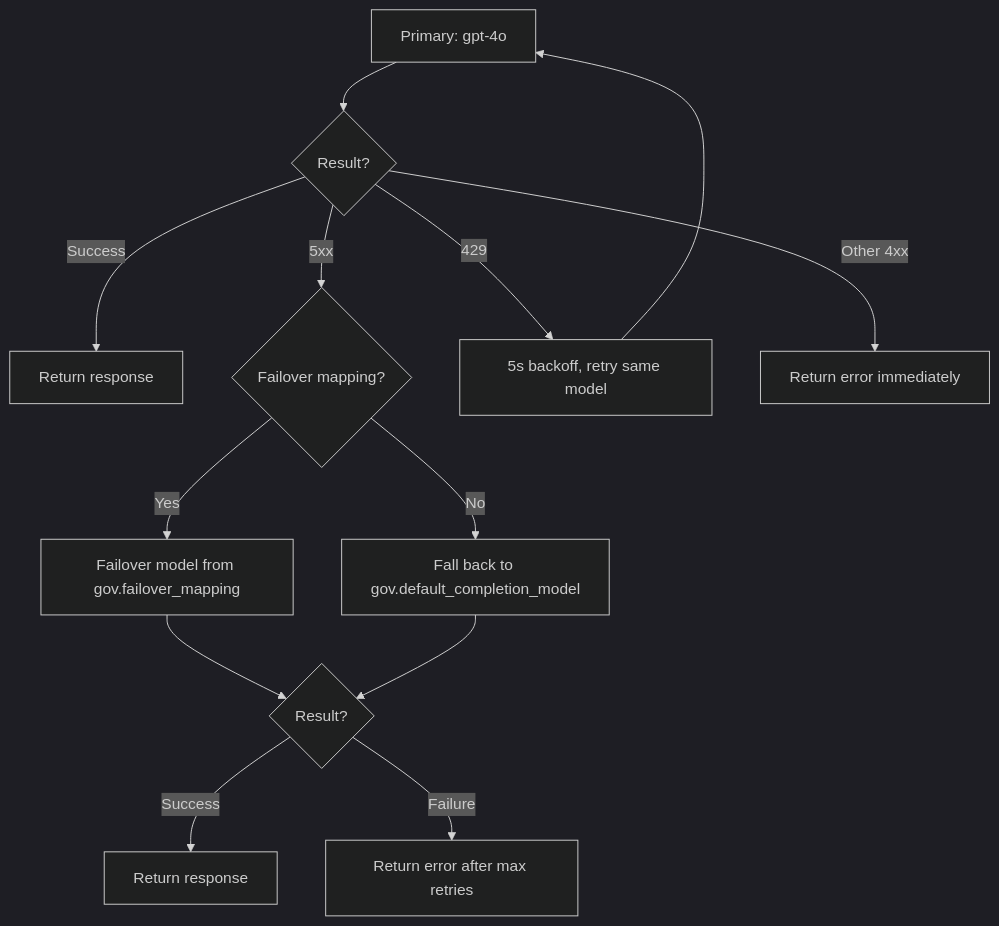
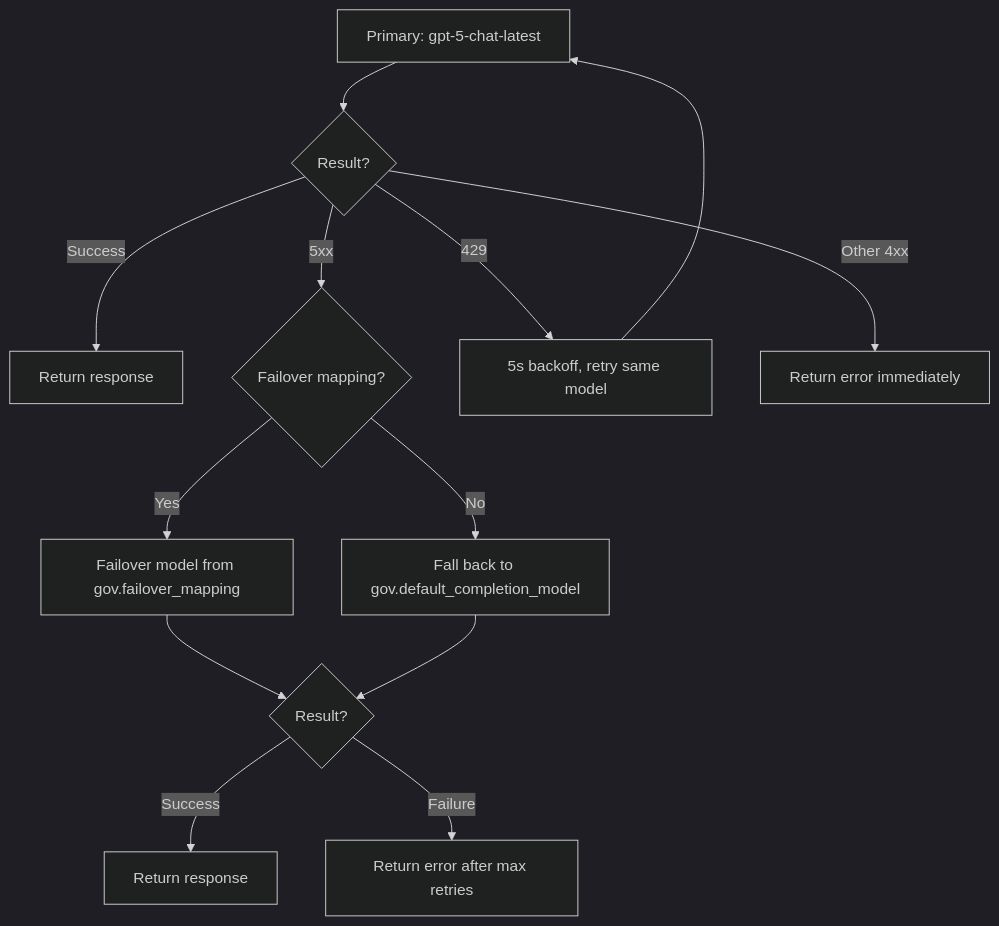
One commit to prismeai/docs changed the diagram in services/llm-gateway/chat-completions.mdx. Above: the diagram before and after it, drawn with Mermaid (dark theme). The commit also changed other lines of this file and 4 other files, not shown here.

````diff
--- a/services/llm-gateway/chat-completions.mdx
+++ b/services/llm-gateway/chat-completions.mdx
@@ -104,15 +123,15 @@
 ```mermaid
 flowchart TD
-    P[Primary: gpt-4o] --> R1{Result?}
+    P[Primary: gpt-5-chat-latest] --> R1{Result?}
     R1 -->|Success| RES1[Return response]
     R1 -->|5xx| FM{Failover mapping?}
     FM -->|Yes| F[Failover model from gov.failover_mapping]
     FM -->|No| FD[Fall back to gov.default_completion_model]
     F --> R2{Result?}
     R2 -->|Success| RES2[Return response]
     R2 -->|Failure| ERR[Return error after max retries]
     FD --> R2
     R1 -->|429| WAIT[5s backoff, retry same model]
     WAIT --> P
     R1 -->|Other 4xx| ERR2[Return error immediately]
 ```
````
